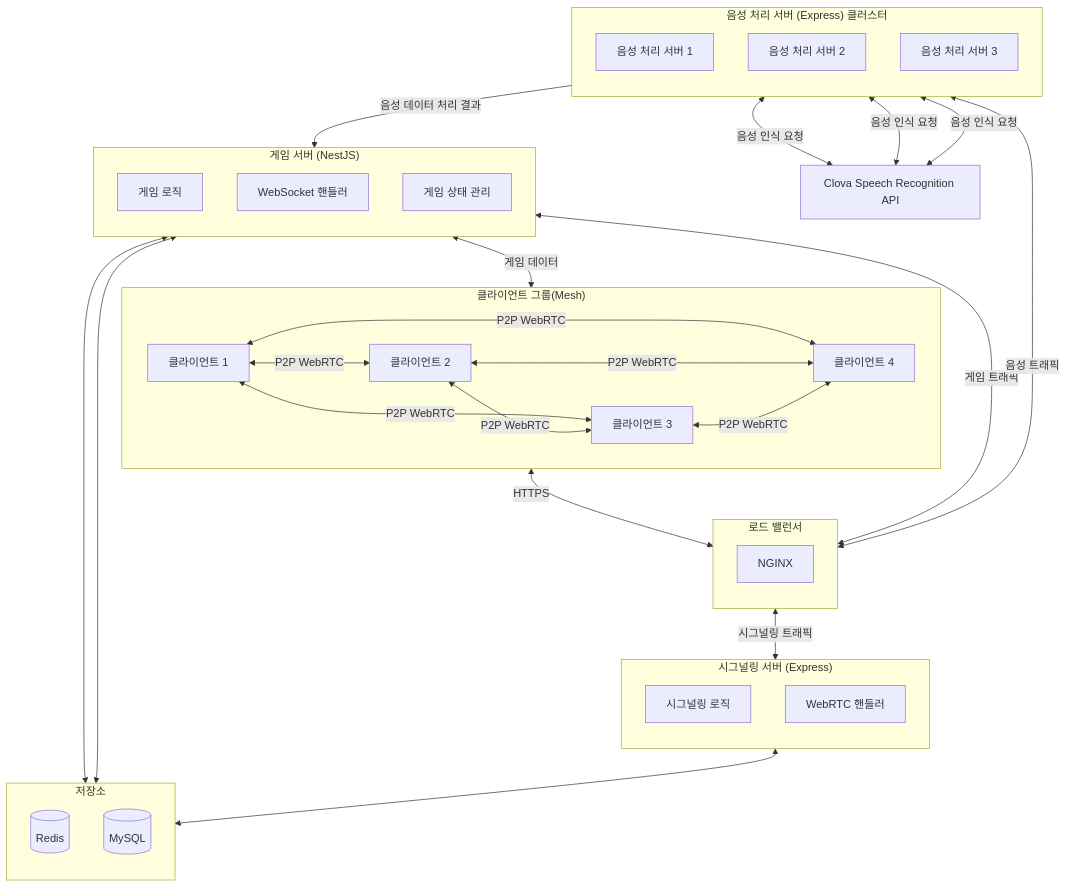
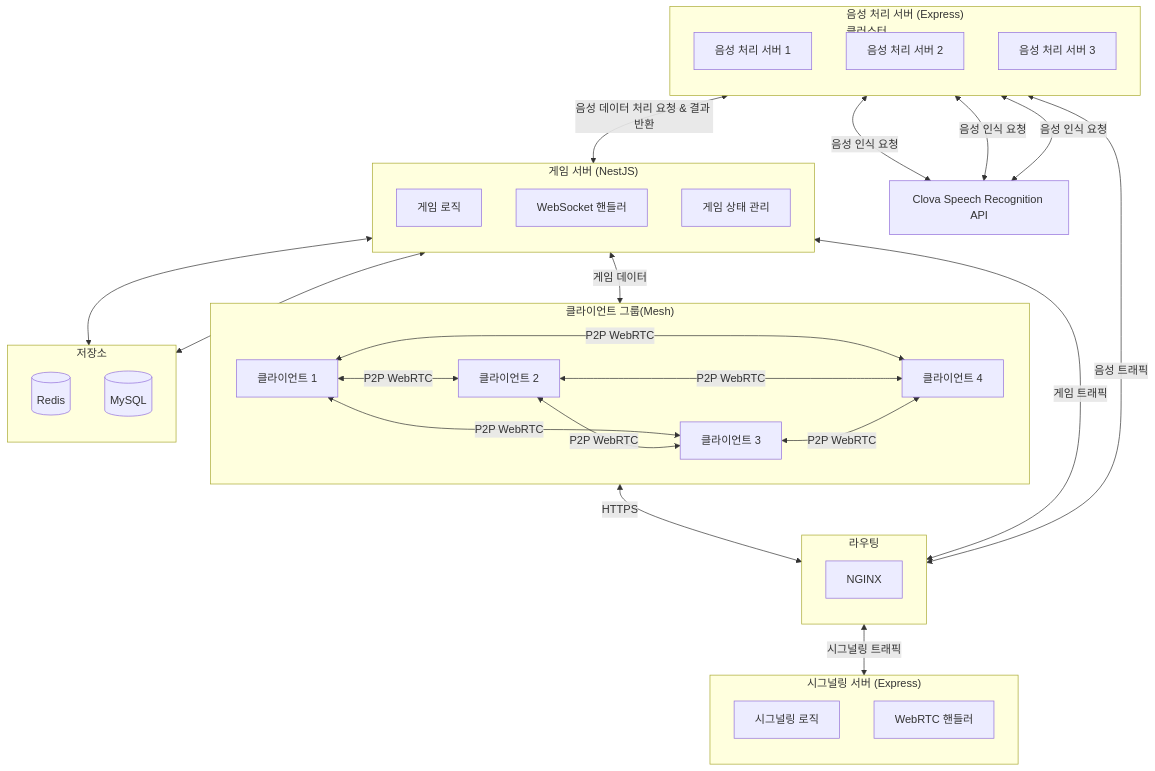
One commit to boostcampwm-2024/web19-Clovapatra changed the diagram in ReadMe.md. Above: the diagram before and after it, drawn with Mermaid. The commit also changed other lines of this file, not shown here.

Commit message:
docs: 시스템 아키텍처 구조 변경

```diff
--- a/ReadMe.md
+++ b/ReadMe.md
@@ -127,7 +127,7 @@
     %% ===========================================
     
     %% 로드 밸런서
-    subgraph LoadBalancer["로드 밸런서"]
+    subgraph LoadBalancer["라우팅"]
         direction TB
         NGINXMain["NGINX"]
     end
@@ -148,7 +148,7 @@
     end
 
     %% 음성 처리 서버 클러스터
-    subgraph VoiceProcessing["음성 처리 서버 (Express) 클러스터"]
+    subgraph VoiceProcessing["음성 처리 서버 (Express)<br/>클러스터"]
         direction TB
         VoiceServer1["음성 처리 서버 1"]
         VoiceServer2["음성 처리 서버 2"]
@@ -180,10 +180,9 @@
     %% 3. 데이터 저장소 연결
     GameServer <--> Redis
     GameServer <--> MySQL
-    SignalingServer <--> Redis
 
     %% 4. 서비스 간 연결
-    VoiceProcessing --> |음성 데이터 처리 결과| GameServer
+    VoiceProcessing <--> |음성 데이터 처리 요청 & 결과 반환| GameServer
     GameServer <--> |게임 데이터| ClientGroup
 
     %% 5. 외부 API 연결
```
